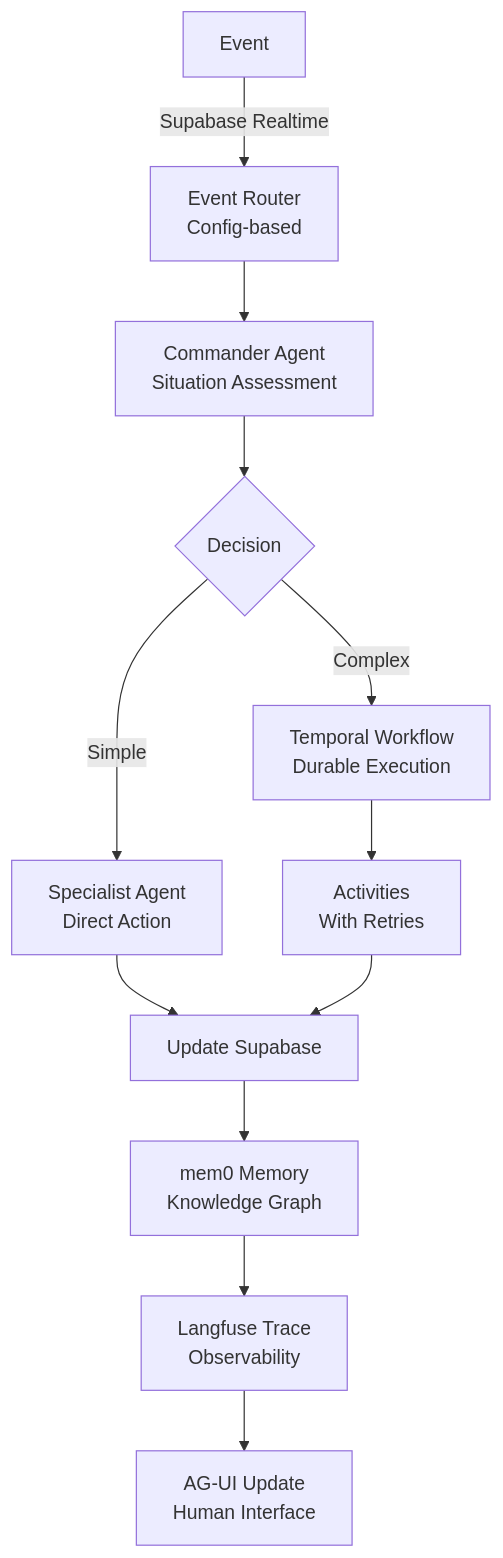
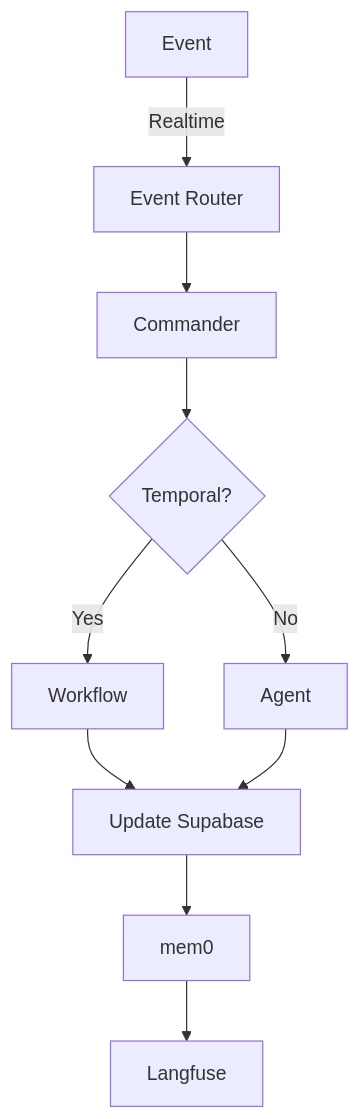
One commit to DealExMachina/evergreen-dragon-os changed the third of 3 diagrams in README.md. Above: the diagram before and after it, drawn with Mermaid. The commit also changed other lines of this file, not shown here.

````diff
--- a/README.md
+++ b/README.md
@@ -175,14 +64,12 @@
 ```mermaid
 graph TD
-    A[Event] -->|Supabase Realtime| B[Event Router<br/>Config-based]
-    B --> C[Commander Agent<br/>Situation Assessment]
-    C --> D{Decision}
-    D -->|Complex| E[Temporal Workflow<br/>Durable Execution]
-    D -->|Simple| F[Specialist Agent<br/>Direct Action]
-    E --> G[Activities<br/>With Retries]
-    F --> H[Update Supabase]
-    G --> H
-    H --> I[mem0 Memory<br/>Knowledge Graph]
-    I --> J[Langfuse Trace<br/>Observability]
-    J --> K[AG-UI Update<br/>Human Interface]
+    A[Event] -->|Realtime| B[Event Router]
+    B --> C[Commander]
+    C --> D{Temporal?}
+    D -->|Yes| E[Workflow]
+    D -->|No| F[Agent]
+    E --> G[Update Supabase]
+    F --> G
+    G --> H[mem0]
+    H --> I[Langfuse]
 ```
````
